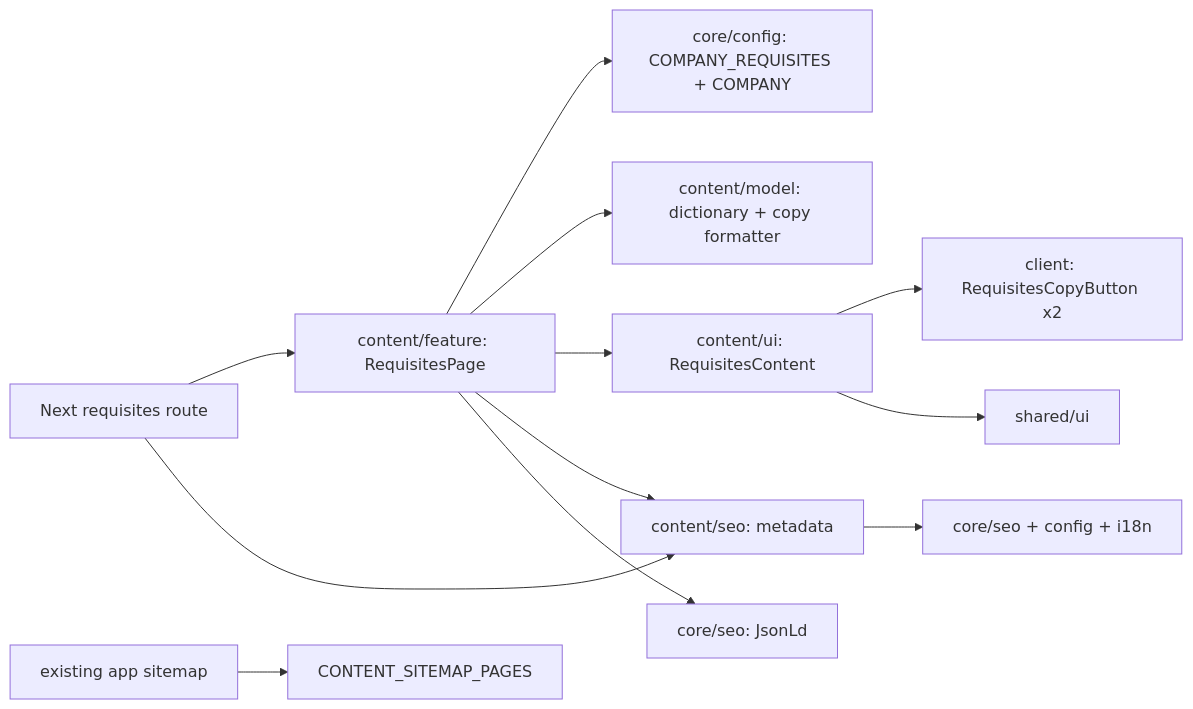
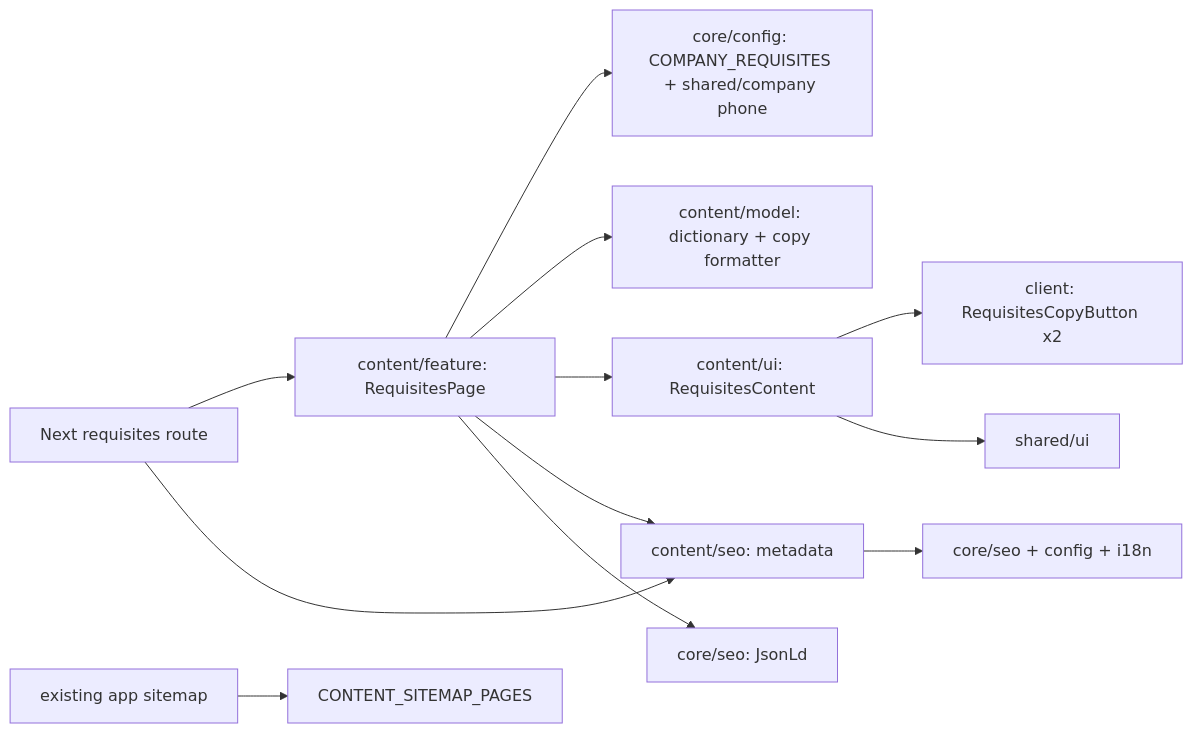
One commit to Weretik/kedr-web changed the diagram in docs/features/site/requisites.md. Above: the diagram before and after it, drawn with Mermaid. The commit also changed 145 other files, not shown here.

````diff
--- a/docs/features/site/requisites.md
+++ b/docs/features/site/requisites.md
@@ -11,14 +11,14 @@
 ```mermaid
 flowchart LR
   Route["Next requisites route"] --> Feature["content/feature: RequisitesPage"]
   Route --> SEO["content/seo: metadata"]
-  Feature --> Facts["core/config: COMPANY_REQUISITES + COMPANY"]
+  Feature --> Facts["core/config: COMPANY_REQUISITES + shared/company phone"]
   Feature --> Model["content/model: dictionary + copy formatter"]
   Feature --> UI["content/ui: RequisitesContent"]
   Feature --> SEO
   Feature --> Json["core/seo: JsonLd"]
   UI --> Copy["client: RequisitesCopyButton x2"]
   UI --> Shared["shared/ui"]
   SEO --> CoreSEO["core/seo + config + i18n"]
   Sitemap["existing app sitemap"] --> Registry["CONTENT_SITEMAP_PAGES"]
 ```
````
